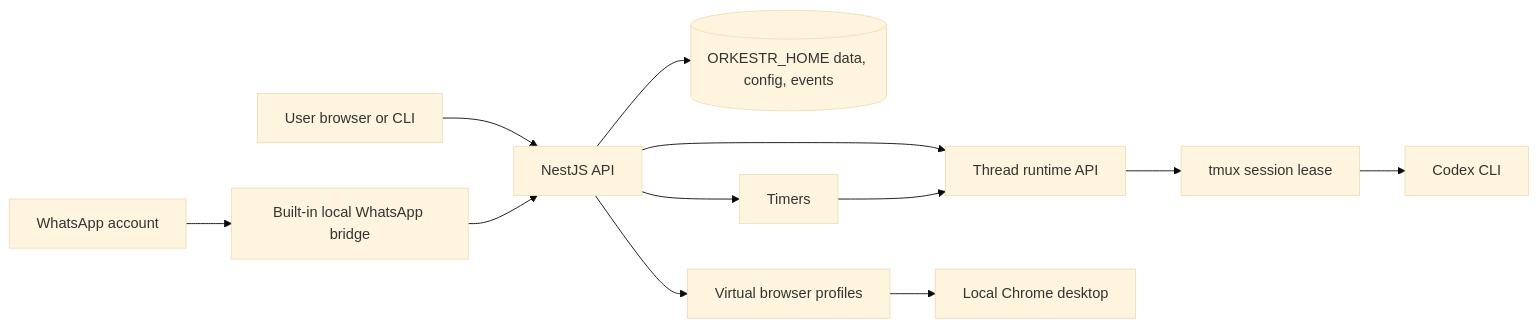
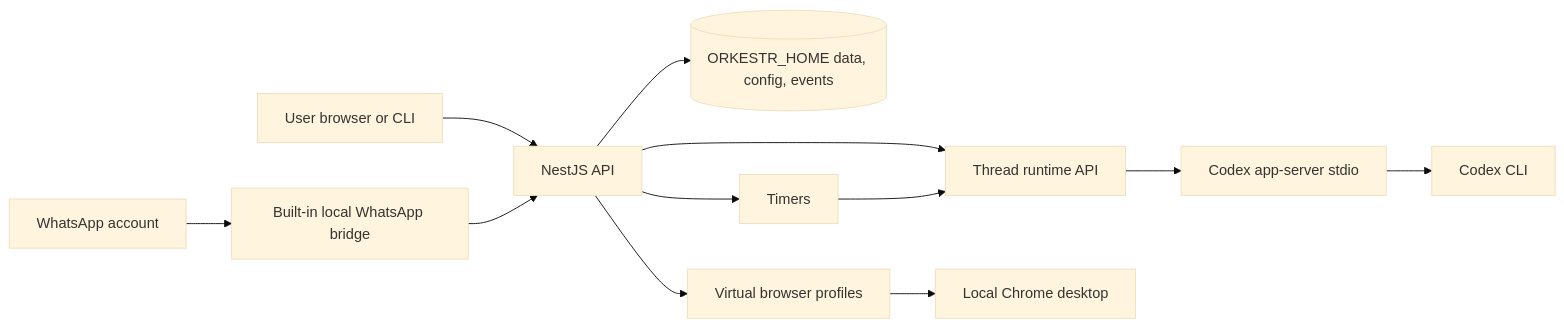
Before and after one commit to otcan/orkestr: the diagram in README.md, drawn with Mermaid (base theme). The commit also changed other lines of this file and 31 other files, not shown here.

Commit message:
Move Codex threads to app-server runtime

````diff
--- a/README.md
+++ b/README.md
@@ -437,14 +448,14 @@
 ```mermaid
 flowchart LR
   User[User browser or CLI] --> API[NestJS API]
   WhatsApp[WhatsApp account] --> Bridge[Built-in local WhatsApp bridge]
   Bridge --> API
   API --> Store[(ORKESTR_HOME data, config, events)]
   API --> Threads[Thread runtime API]
-  Threads --> Tmux[tmux session lease]
-  Tmux --> Codex[Codex CLI]
+  Threads --> AppServer[Codex app-server stdio]
+  AppServer --> Codex[Codex CLI]
   API --> Browsers[Virtual browser profiles]
   Browsers --> Desktop[Local Chrome desktop]
   API --> Timers[Timers]
   Timers --> Threads
 ```
````
